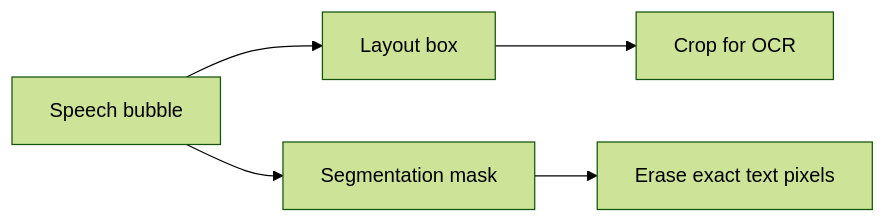
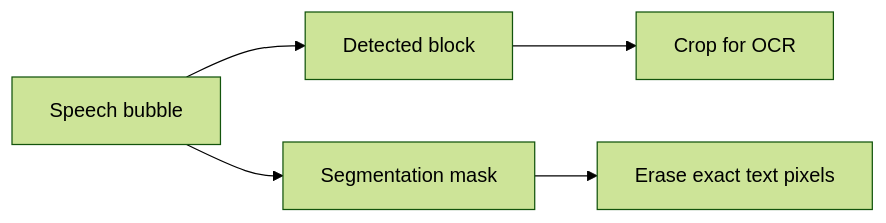
Before and after one commit to mayocream/koharu: the second of 2 diagrams in docs/ja-JP/explanation/technical-deep-dive.md, drawn with Mermaid (forest theme). The commit also changed other lines of this file and 12 other files, not shown here.

````diff
--- a/docs/ja-JP/explanation/technical-deep-dive.md
+++ b/docs/ja-JP/explanation/technical-deep-dive.md
@@ -88,7 +90,7 @@
 ```mermaid
 flowchart LR
-    A[Speech bubble] --> B[Layout box]
+    A[Speech bubble] --> B[Detected block]
     A --> C[Segmentation mask]
     B --> D[Crop for OCR]
     C --> E[Erase exact text pixels]
 ```
````
